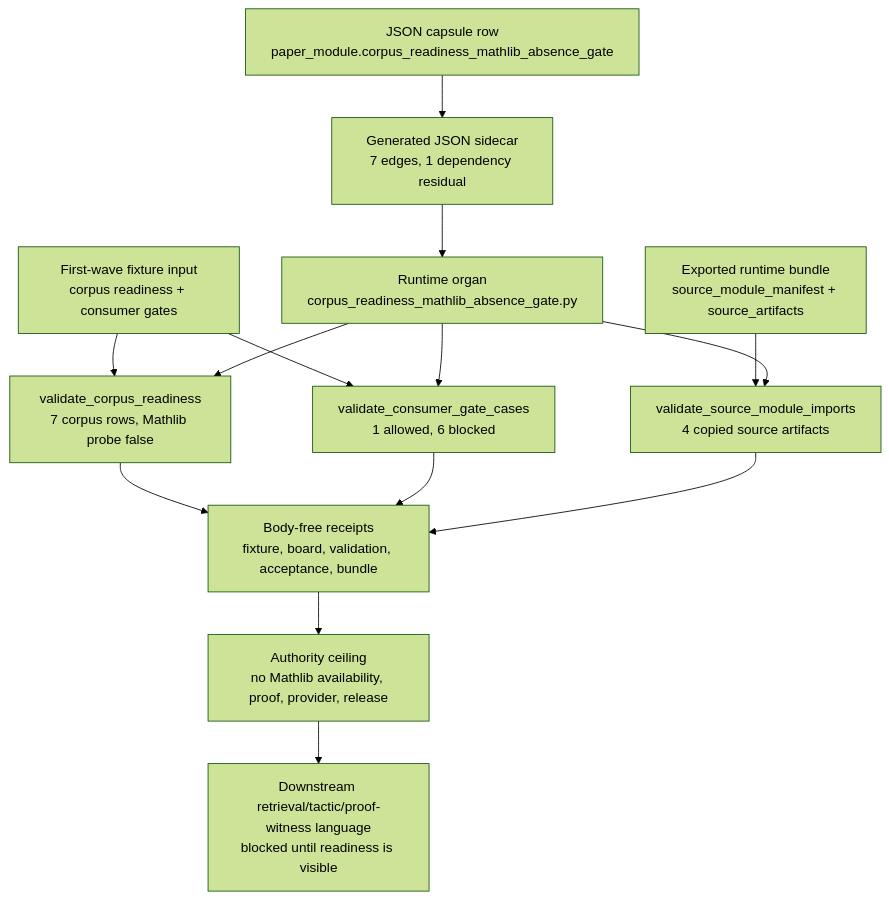
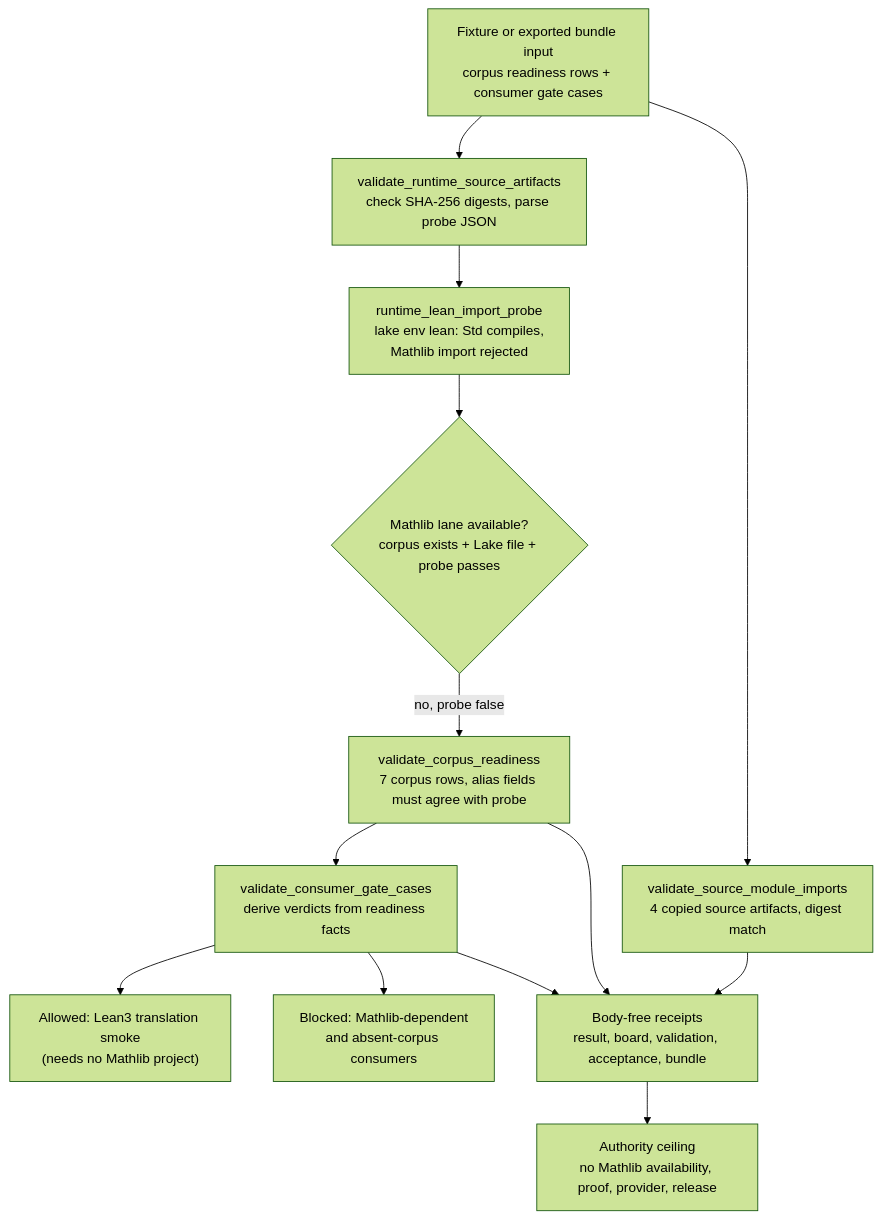
One commit to wcook04/plectis changed the diagram in paper_modules/corpus_readiness_mathlib_absence.md. Above: the diagram before and after it, drawn with Mermaid (forest theme). The commit also changed other lines of this file and 90 other files, not shown here.

First line of the commit message:
microcosm: enrich public paper-module prose and Shape diagrams (91 modules)

````diff
--- a/paper_modules/corpus_readiness_mathlib_absence.md
+++ b/paper_modules/corpus_readiness_mathlib_absence.md
@@ -22,28 +50,27 @@
 ```mermaid
 flowchart TD
-    capsule["JSON capsule row\npaper_module.corpus_readiness_mathlib_absence_gate"]
-    sidecar["Generated JSON sidecar\n7 edges, 1 dependency residual"]
-    runtime["Runtime organ\ncorpus_readiness_mathlib_absence_gate.py"]
-    fixture["First-wave fixture input\ncorpus readiness + consumer gates"]
-    bundle["Exported runtime bundle\nsource_module_manifest + source_artifacts"]
-    corpus["validate_corpus_readiness\n7 corpus rows, Mathlib probe false"]
-    gates["validate_consumer_gate_cases\n1 allowed, 6 blocked"]
-    imports["validate_source_module_imports\n4 copied source artifacts"]
-    receipts["Body-free receipts\nfixture, board, validation, acceptance, bundle"]
+    fixture["Fixture or exported bundle input\ncorpus readiness rows + consumer gate cases"]
+    probe["runtime_lean_import_probe\nlake env lean: Std compiles,\nMathlib import rejected"]
+    artifacts["validate_runtime_source_artifacts\ncheck SHA-256 digests, parse probe JSON"]
+    mathlib{"Mathlib lane available?\ncorpus exists + Lake file + probe passes"}
+    corpus["validate_corpus_readiness\n7 corpus rows, alias fields must agree with probe"]
+    gates["validate_consumer_gate_cases\nderive verdicts from readiness facts"]
+    imports["validate_source_module_imports\n4 copied source artifacts, digest match"]
+    allowed["Allowed: Lean3 translation smoke\n(needs no Mathlib project)"]
+    blocked["Blocked: Mathlib-dependent\nand absent-corpus consumers"]
+    receipts["Body-free receipts\nresult, board, validation, acceptance, bundle"]
     ceiling["Authority ceiling\nno Mathlib availability, proof, provider, release"]
-    downstream["Downstream retrieval/tactic/proof-witness language\nblocked until readiness is visible"]
 
-    capsule --> sidecar
-    sidecar --> runtime
-    fixture --> corpus
-    fixture --> gates
-    bundle --> imports
-    runtime --> corpus
-    runtime --> gates
-    runtime --> imports
+    fixture --> artifacts
+    artifacts --> probe
+    probe --> mathlib
+    mathlib -->|no, probe false| corpus
+    corpus --> gates
+    gates --> allowed
+    gates --> blocked
+    fixture --> imports
     corpus --> receipts
     gates --> receipts
     imports --> receipts
     receipts --> ceiling
-    ceiling --> downstream
 ```
````
